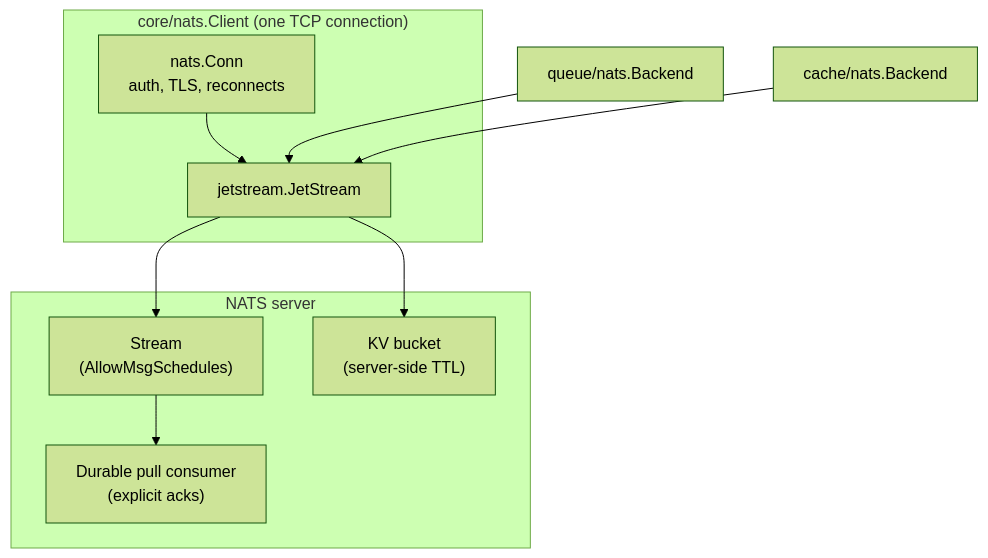
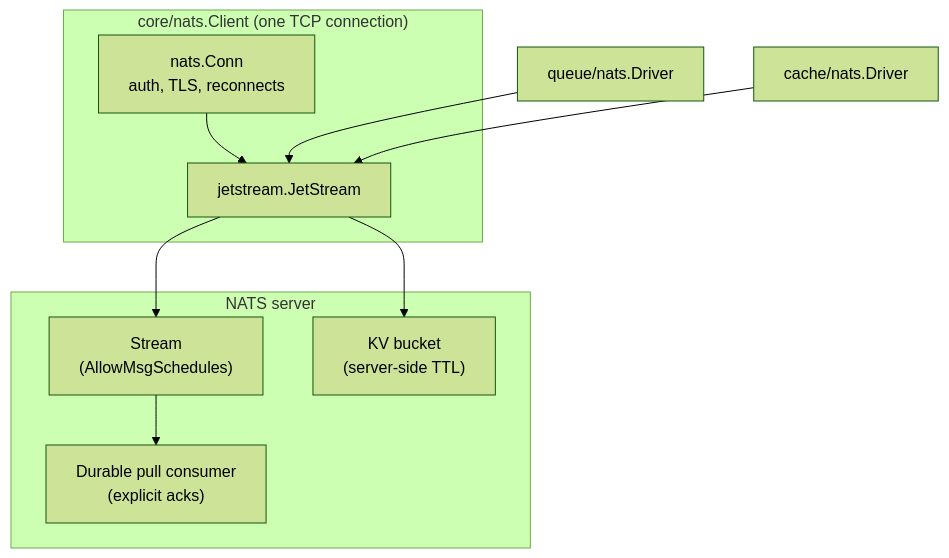
Before and after one commit to Neur0toxine/mg-transport-core: the sixth of 6 diagrams in docs/architecture.md, drawn with Mermaid (forest theme). The commit also changed other lines of this file and 36 other files, not shown here.

Commit message:
chore: rename Backend to Driver

````diff
--- a/docs/architecture.md
+++ b/docs/architecture.md
@@ -194,21 +194,21 @@
 ```mermaid
 flowchart TB
     subgraph client["core/nats.Client (one TCP connection)"]
         CONN["nats.Conn<br/>auth, TLS, reconnects"]
         JS["jetstream.JetStream"]
         CONN --> JS
     end
 
-    QN["queue/nats.Backend"] --> JS
-    CN["cache/nats.Backend"] --> JS
+    QN["queue/nats.Driver"] --> JS
+    CN["cache/nats.Driver"] --> JS
 
     subgraph server["NATS server"]
         STR["Stream<br/>(AllowMsgSchedules)"]
         CONS["Durable pull consumer<br/>(explicit acks)"]
         KV["KV bucket<br/>(server-side TTL)"]
     end
 
     JS --> STR
     STR --> CONS
     JS --> KV
 ```
````
